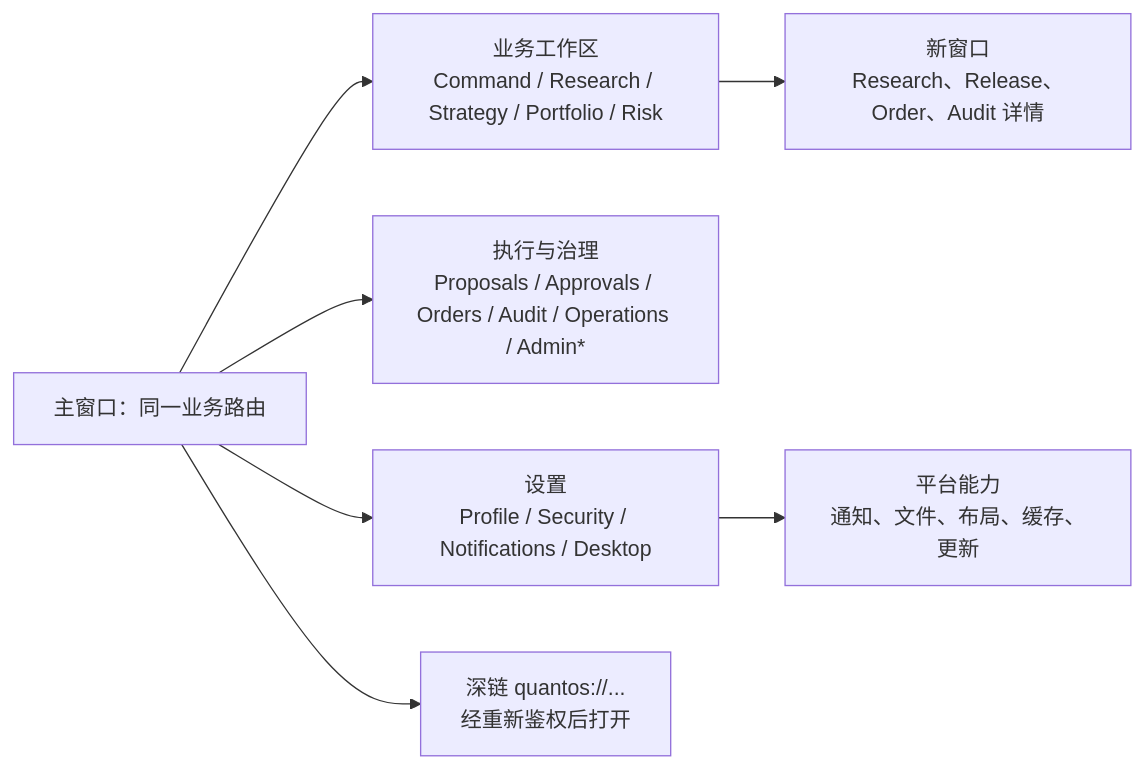
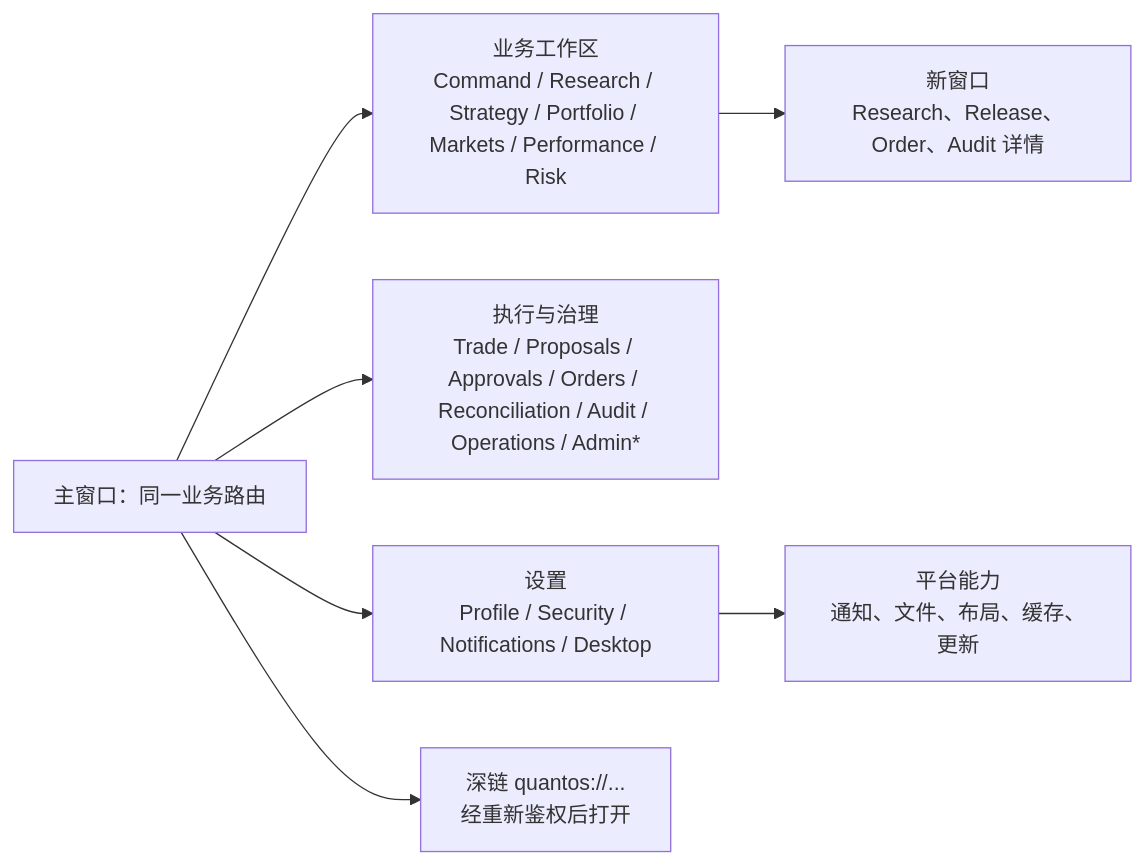
The third of 4 diagrams in docs/SumAlpha-QuantOS-Terminal-Frontend-Design-Spec.md (SumAlphaAI/QuantOS), drawn with Mermaid before and after one commit. The commit also changed other lines of this file, not shown here.

````diff
--- a/docs/SumAlpha-QuantOS-Terminal-Frontend-Design-Spec.md
+++ b/docs/SumAlpha-QuantOS-Terminal-Frontend-Design-Spec.md
@@ -122,9 +132,9 @@
 ```mermaid
 flowchart LR
-  D["主窗口：同一业务路由"] --> B["业务工作区\nCommand / Research / Strategy / Portfolio / Risk"]
-  D --> E["执行与治理\nProposals / Approvals / Orders / Audit / Operations / Admin*"]
+  D["主窗口：同一业务路由"] --> B["业务工作区\nCommand / Research / Strategy / Portfolio / Markets / Performance / Risk"]
+  D --> E["执行与治理\nTrade / Proposals / Approvals / Orders / Reconciliation / Audit / Operations / Admin*"]
   D --> S["设置\nProfile / Security / Notifications / Desktop"]
   B --> W["新窗口\nResearch、Release、Order、Audit 详情"]
   D --> L["深链 quantos://...\n经重新鉴权后打开"]
   S --> P["平台能力\n通知、文件、布局、缓存、更新"]
 ```
````
